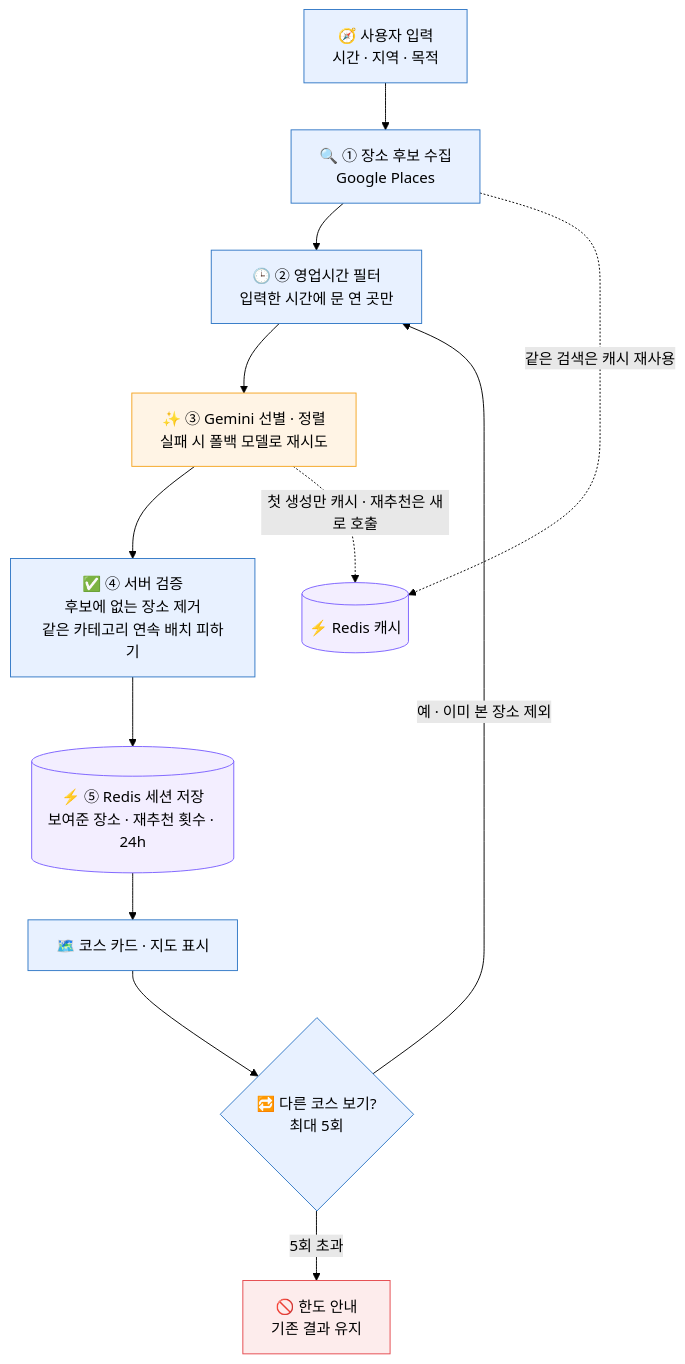
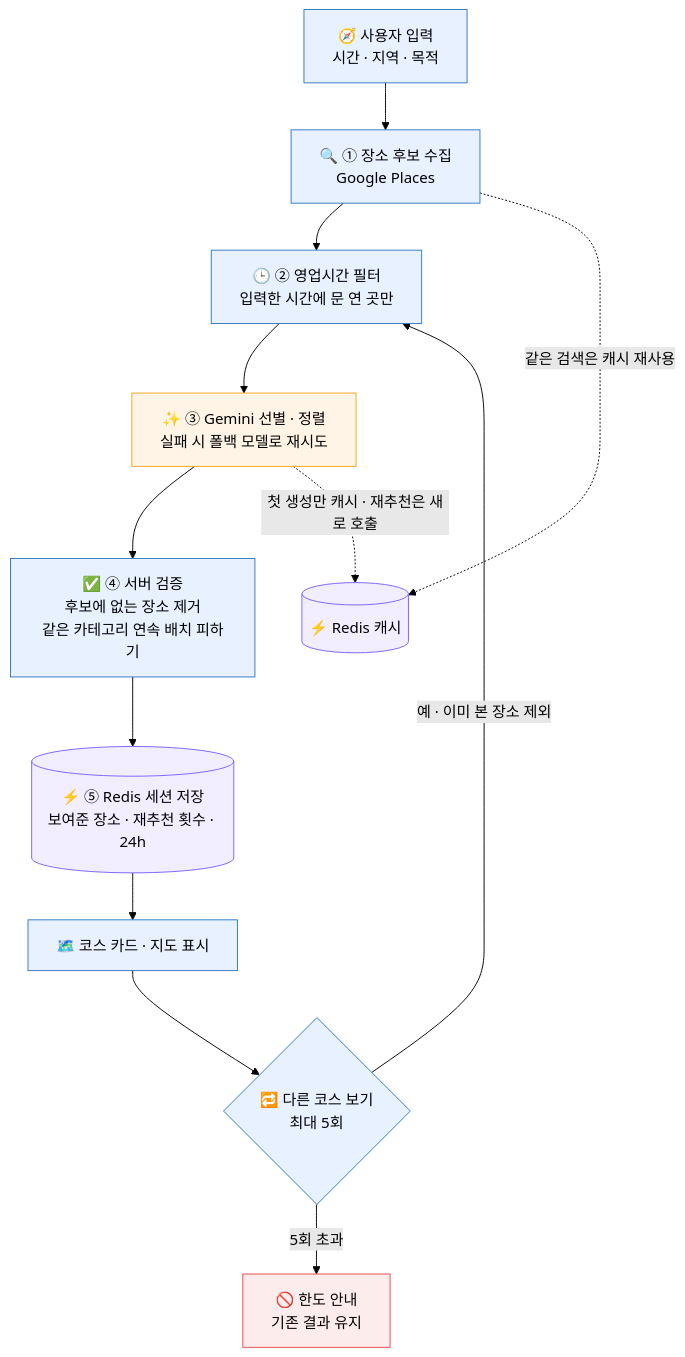
One commit to kyungchan3007/day-ro-deploy changed the diagram in docs/diagrams/course-flow.mmd. Above: the diagram before and after it, drawn with Mermaid (forest theme). The commit also changed 1 other file, not shown here.

Commit message:
2026-10-10 FE docs: 코스 생성 다이어그램 분기 라벨 물음표 제거

```diff
--- a/docs/diagrams/course-flow.mmd
+++ b/docs/diagrams/course-flow.mmd
@@ -1,26 +1,26 @@
 flowchart TD
     A["🧭 사용자 입력<br/>시간 · 지역 · 목적"]
     B["🔍 ① 장소 후보 수집<br/>Google Places"]
     C["🕒 ② 영업시간 필터<br/>입력한 시간에 문 연 곳만"]
     D["✨ ③ Gemini 선별 · 정렬<br/>실패 시 폴백 모델로 재시도"]
     E["✅ ④ 서버 검증<br/>후보에 없는 장소 제거<br/>같은 카테고리 연속 배치 피하기"]
     F[("⚡ ⑤ Redis 세션 저장<br/>보여준 장소 · 재추천 횟수 · 24h")]
     G["🗺️ 코스 카드 · 지도 표시"]
-    H{"🔁 다른 코스 보기?<br/>최대 5회"}
+    H{"🔁 다른 코스 보기<br/>최대 5회"}
     X["🚫 한도 안내<br/>기존 결과 유지"]
     RC[("⚡ Redis 캐시")]
 
     A --> B --> C --> D --> E --> F --> G --> H
     H -->|"예 · 이미 본 장소 제외"| C
     H -->|"5회 초과"| X
     B -.->|"같은 검색은 캐시 재사용"| RC
     D -.->|"첫 생성만 캐시 · 재추천은 새로 호출"| RC
 
     classDef step fill:#E8F1FF,stroke:#3178C6,color:#000
     classDef ai fill:#FFF4E5,stroke:#F5A623,color:#000
     classDef store fill:#F3EEFF,stroke:#7B61FF,color:#000
     classDef stop fill:#FDECEC,stroke:#E5484D,color:#000
     class A,B,C,E,G,H step
     class D ai
     class F,RC store
     class X stop
```
